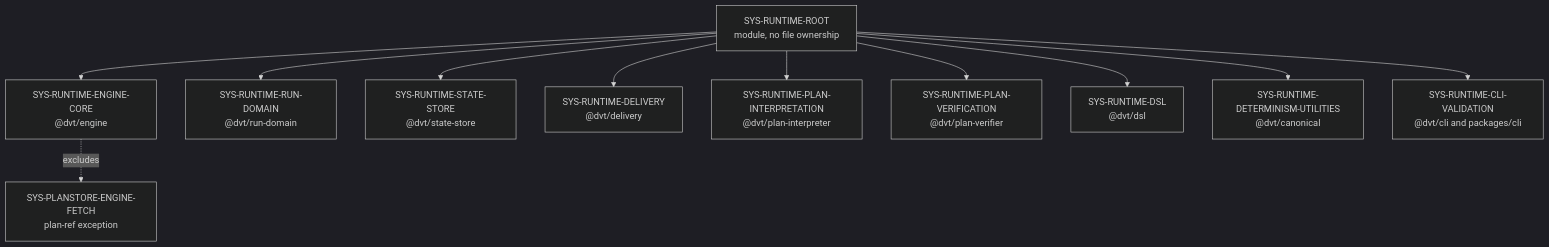
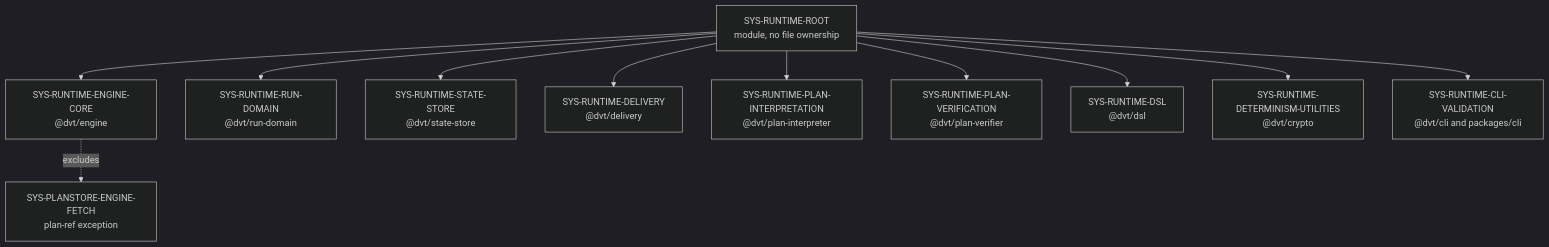
One commit to dunay2/dvt changed the diagram in docs/architecture/system/subsystems/runtime/index.md. Above: the diagram before and after it, drawn with Mermaid (dark theme). The commit also changed 51 other files, not shown here.

````diff
--- a/docs/architecture/system/subsystems/runtime/index.md
+++ b/docs/architecture/system/subsystems/runtime/index.md
@@ -24,25 +24,25 @@
 ```mermaid
 flowchart TB
   Root["SYS-RUNTIME-ROOT<br/>module, no file ownership"]
   Engine["SYS-RUNTIME-ENGINE-CORE<br/>@dvt/engine"]
   RunDomain["SYS-RUNTIME-RUN-DOMAIN<br/>@dvt/run-domain"]
   State["SYS-RUNTIME-STATE-STORE<br/>@dvt/state-store"]
   Delivery["SYS-RUNTIME-DELIVERY<br/>@dvt/delivery"]
   Interpret["SYS-RUNTIME-PLAN-INTERPRETATION<br/>@dvt/plan-interpreter"]
   Verify["SYS-RUNTIME-PLAN-VERIFICATION<br/>@dvt/plan-verifier"]
   Dsl["SYS-RUNTIME-DSL<br/>@dvt/dsl"]
-  Canonical["SYS-RUNTIME-DETERMINISM-UTILITIES<br/>@dvt/canonical"]
+  Canonical["SYS-RUNTIME-DETERMINISM-UTILITIES<br/>@dvt/crypto"]
   Cli["SYS-RUNTIME-CLI-VALIDATION<br/>@dvt/cli and packages/cli"]
   PlanStore["SYS-PLANSTORE-ENGINE-FETCH<br/>plan-ref exception"]
 
   Root --> Engine
   Root --> RunDomain
   Root --> State
   Root --> Delivery
   Root --> Interpret
   Root --> Verify
   Root --> Dsl
   Root --> Canonical
   Root --> Cli
   Engine -. excludes .-> PlanStore
 ```
````
